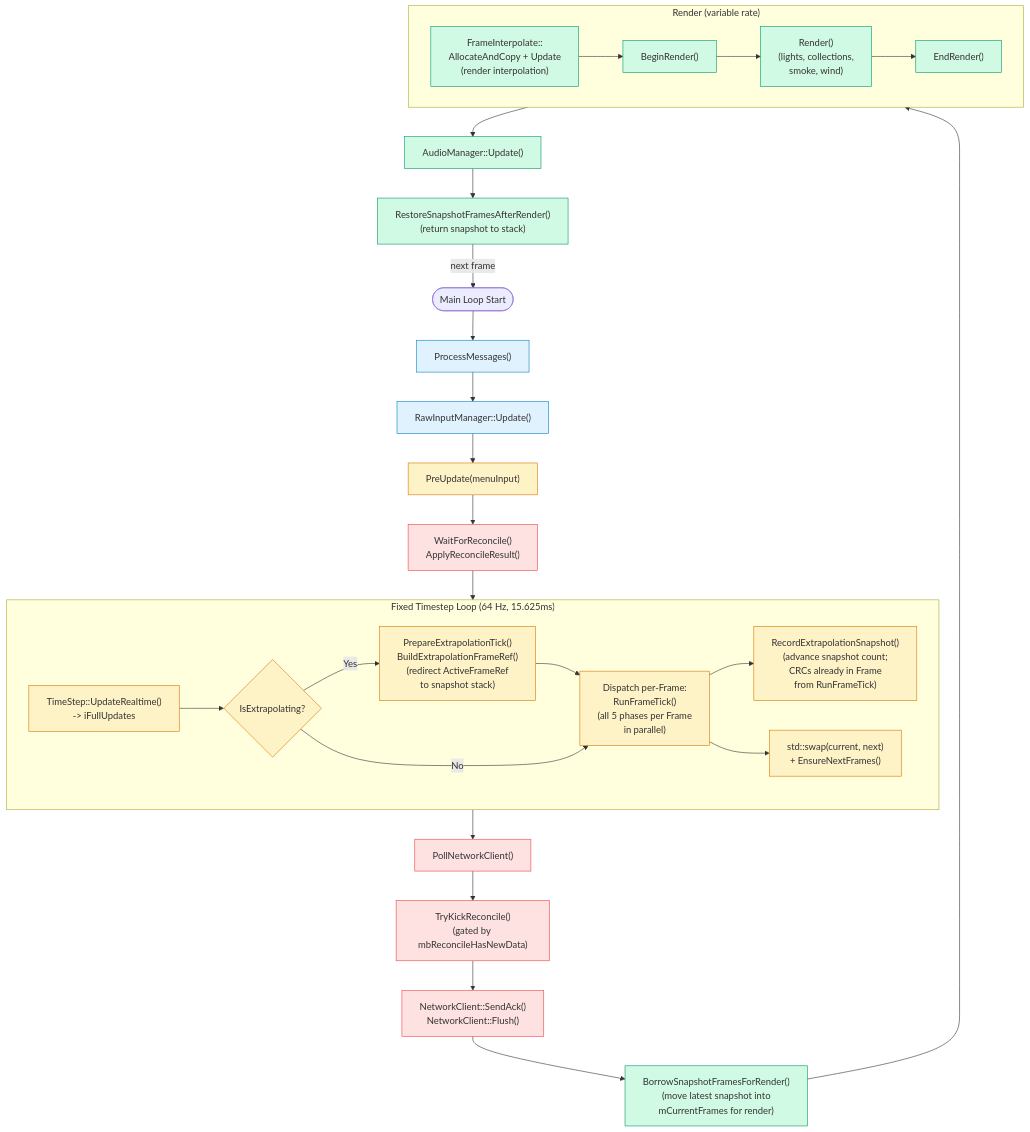
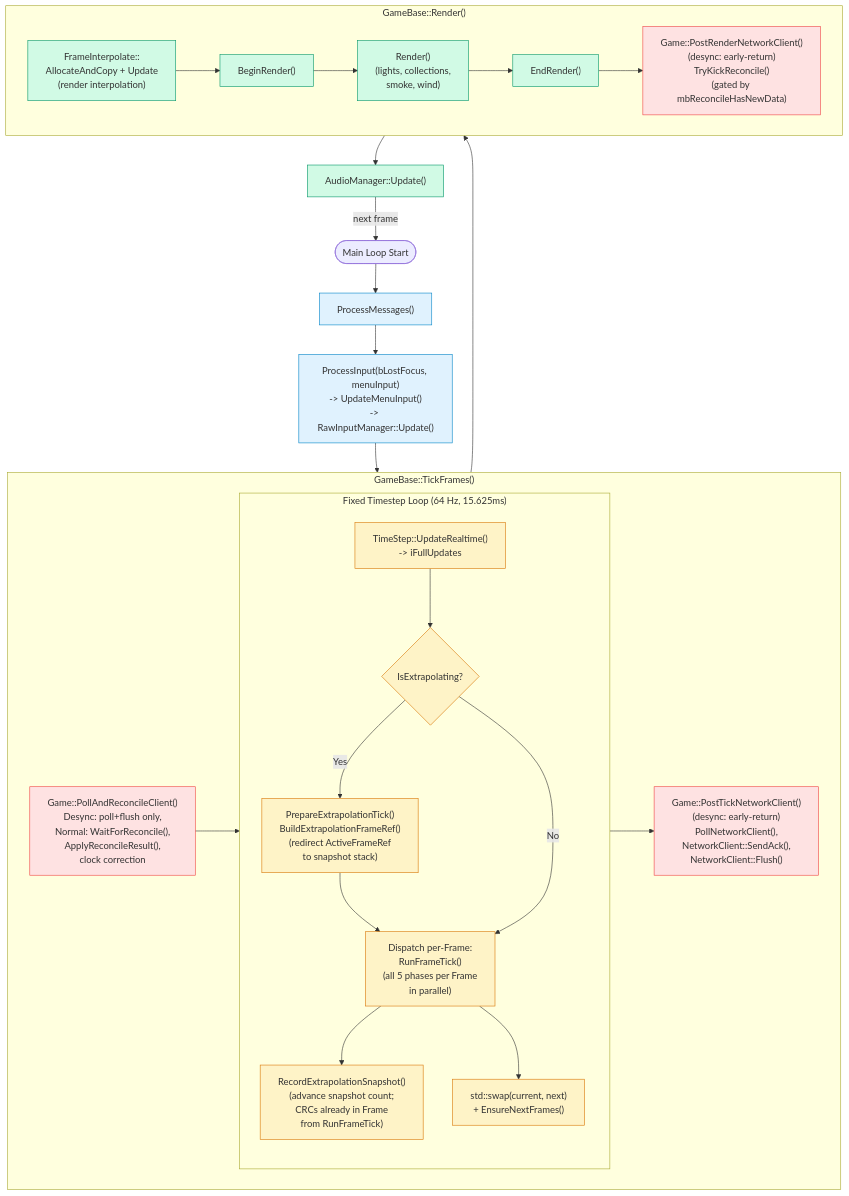
The second of 5 diagrams in Documents/Architecture/FrameUpdatePipeline.md (DougTanner/BrokenEnginePublic), drawn with Mermaid before and after one commit. The commit also changed other lines of this file and 35 other files, not shown here.

````diff
--- a/Documents/Architecture/FrameUpdatePipeline.md
+++ b/Documents/Architecture/FrameUpdatePipeline.md
@@ -53,51 +55,51 @@
 ```mermaid
 %%{init: {'theme': 'default'}}%%
 flowchart TD
     classDef input fill:#e0f2fe,stroke:#0284c7
     classDef physics fill:#fef3c7,stroke:#d97706
     classDef network fill:#fee2e2,stroke:#ef4444
     classDef render fill:#d1fae5,stroke:#059669
 
     start(["Main Loop Start"])
 
     msgs["ProcessMessages()"]:::input
-    input["RawInputManager::Update()"]:::input
 
-    preupdate["PreUpdate(menuInput)"]:::physics
+    preupdate["ProcessInput(bLostFocus, menuInput)<br/>-> UpdateMenuInput()<br/>-> RawInputManager::Update()"]:::input
 
-    reconcile["WaitForReconcile()<br/>ApplyReconcileResult()"]:::network
+    subgraph tick_frames ["GameBase::TickFrames()"]
+        poll_reconcile["Game::PollAndReconcileClient()<br/>Desync: poll+flush only,<br/>Normal: WaitForReconcile(),<br/>ApplyReconcileResult(),<br/>clock correction"]:::network
 
-    subgraph physics_loop ["Fixed Timestep Loop (64 Hz, 15.625ms)"]
-        ts["TimeStep::UpdateRealtime()<br/>-> iFullUpdates"]:::physics
-        extrap_check{"IsExtrapolating?"}:::physics
-        extrap_prep["PrepareExtrapolationTick()<br/>BuildExtrapolationFrameRef()<br/>(redirect ActiveFrameRef<br/>to snapshot stack)"]:::physics
-        dispatch["Dispatch per-Frame:<br/>RunFrameTick()<br/>(all 5 phases per Frame<br/>in parallel)"]:::physics
-        extrap_record["RecordExtrapolationSnapshot()<br/>(advance snapshot count;<br/>CRCs already in Frame<br/>from RunFrameTick)"]:::physics
-        frame_swap["std::swap(current, next)<br/>+ EnsureNextFrames()"]:::physics
-        ts --> extrap_check
-        extrap_check -->|"Yes"| extrap_prep --> dispatch --> extrap_record
-        extrap_check -->|"No"| dispatch --> frame_swap
+        subgraph physics_loop ["Fixed Timestep Loop (64 Hz, 15.625ms)"]
+            ts["TimeStep::UpdateRealtime()<br/>-> iFullUpdates"]:::physics
+            extrap_check{"IsExtrapolating?"}:::physics
+            extrap_prep["PrepareExtrapolationTick()<br/>BuildExtrapolationFrameRef()<br/>(redirect ActiveFrameRef<br/>to snapshot stack)"]:::physics
+            dispatch["Dispatch per-Frame:<br/>RunFrameTick()<br/>(all 5 phases per Frame<br/>in parallel)"]:::physics
+            extrap_record["RecordExtrapolationSnapshot()<br/>(advance snapshot count;<br/>CRCs already in Frame<br/>from RunFrameTick)"]:::physics
+            frame_swap["std::swap(current, next)<br/>+ EnsureNextFrames()"]:::physics
+            ts --> extrap_check
+            extrap_check -->|"Yes"| extrap_prep --> dispatch --> extrap_record
+            extrap_check -->|"No"| dispatch --> frame_swap
+        end
+
+        post_tick["Game::PostTickNetworkClient()<br/>(desync: early-return)<br/>PollNetworkClient(),<br/>NetworkClient::SendAck(),<br/>NetworkClient::Flush()"]:::network
+
+        poll_reconcile --> physics_loop --> post_tick
     end
 
-    net_poll["PollNetworkClient()"]:::network
-    kick["TryKickReconcile()<br/>(gated by mbReconcileHasNewData)"]:::network
-    send["NetworkClient::SendAck()<br/>NetworkClient::Flush()"]:::network
-
-    borrow["BorrowSnapshotFramesForRender()<br/>(move latest snapshot into<br/>mCurrentFrames for render)"]:::render
-
-    subgraph render_phase ["Render (variable rate)"]
+    subgraph render_method ["GameBase::Render()"]
         r_interp["FrameInterpolate::<br/>AllocateAndCopy + Update<br/>(render interpolation)"]:::render
         r_begin["BeginRender()"]:::render
         r_main["Render()<br/>(lights, collections,<br/>smoke, wind)"]:::render
         r_end["EndRender()"]:::render
-        r_interp --> r_begin --> r_main --> r_end
+
+        post_render["Game::PostRenderNetworkClient()<br/>(desync: early-return)<br/>TryKickReconcile()<br/>(gated by mbReconcileHasNewData)"]:::network
+
+        r_interp --> r_begin --> r_main --> r_end --> post_render
     end
 
     audio["AudioManager::Update()"]:::render
 
-    restore["RestoreSnapshotFramesAfterRender()<br/>(return snapshot to stack)"]:::render
-
-    start --> msgs --> input --> preupdate --> reconcile --> physics_loop
-    physics_loop --> net_poll --> kick --> send --> borrow --> render_phase --> audio --> restore
-    restore -->|next frame| start
+    start --> msgs --> preupdate --> tick_frames
+    tick_frames --> render_method --> audio
+    audio -->|next frame| start
 ```
````
